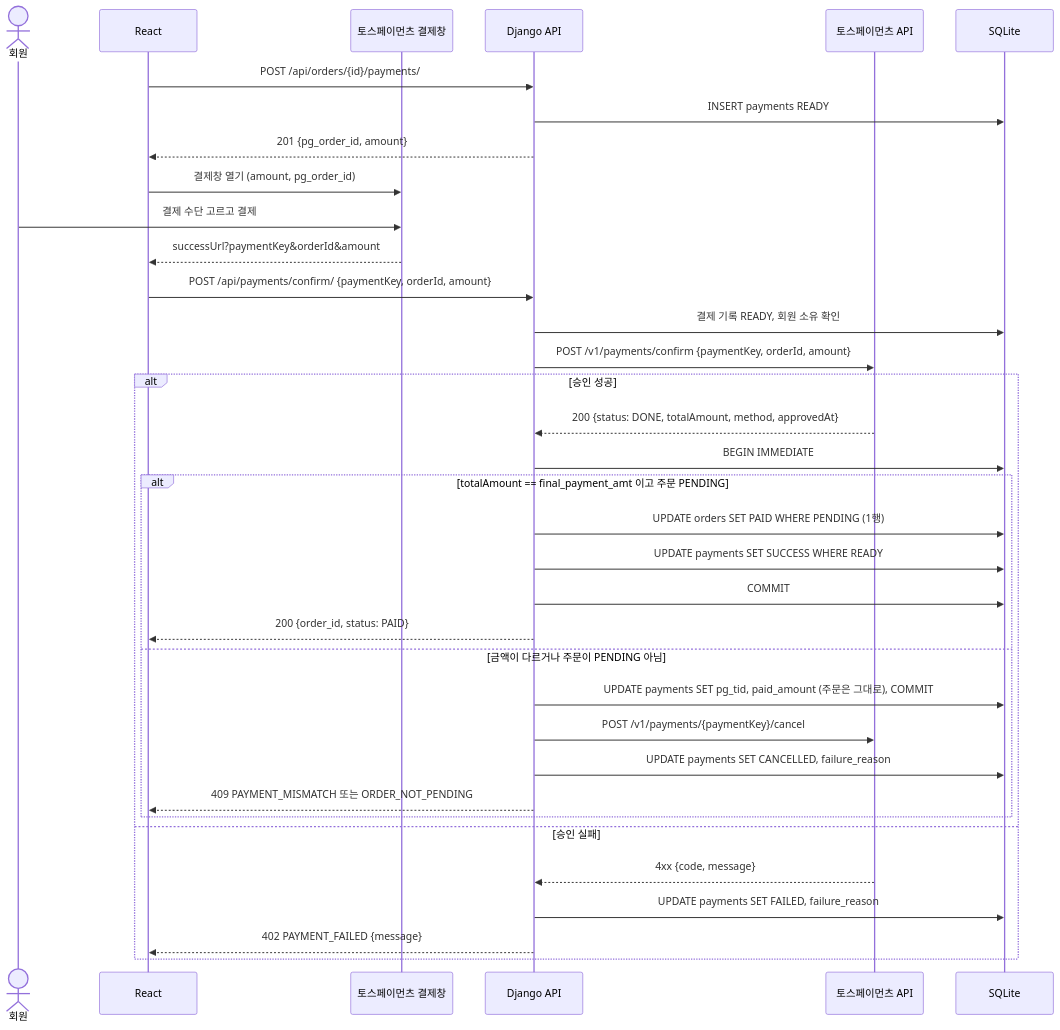
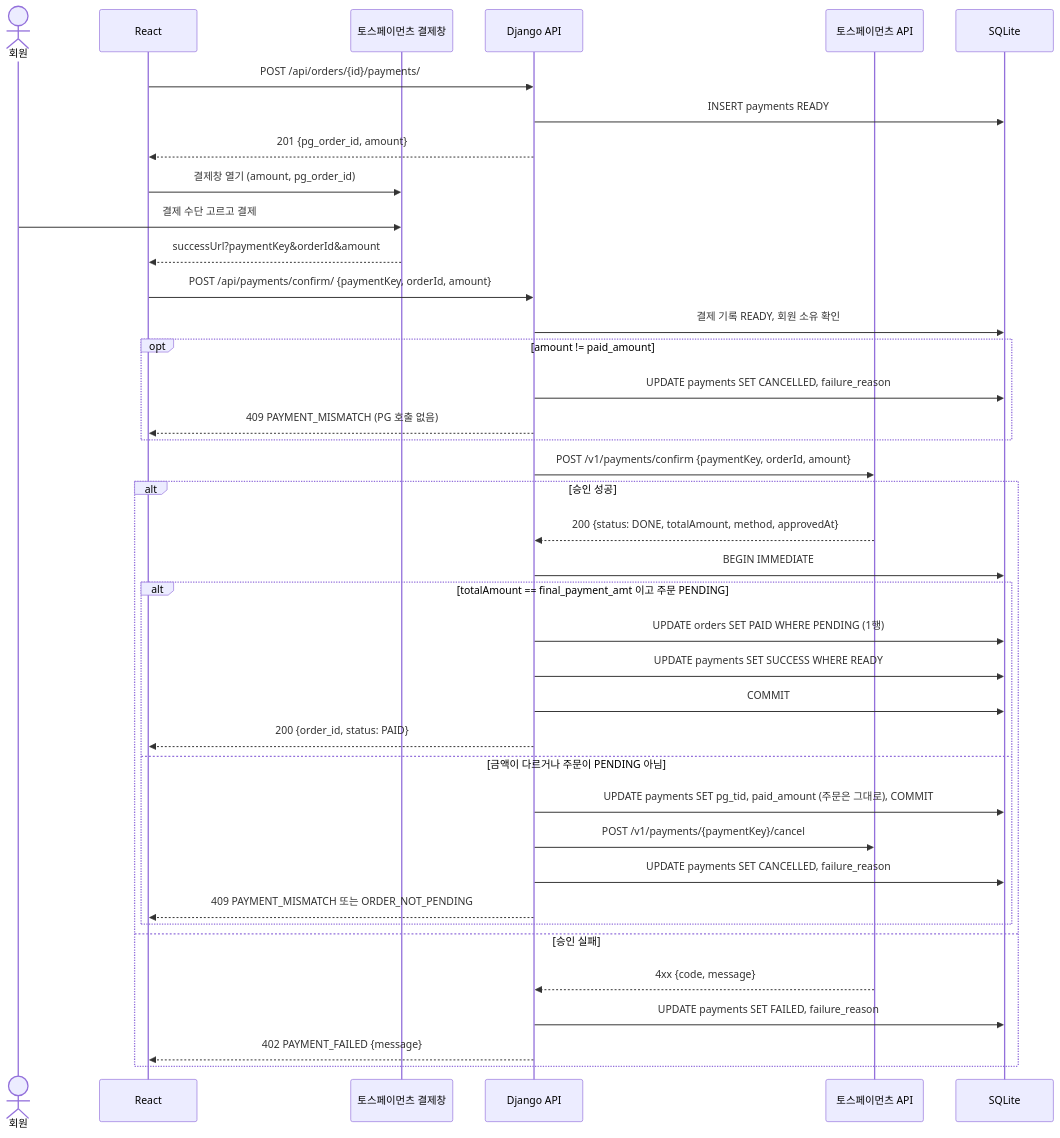
The second of 2 diagrams in docs/specs/sdd/4-components/6-payments.md (seren-wib/coffee-shop), drawn with Mermaid before and after one commit. The commit also changed other lines of this file and 11 other files, not shown here.

````diff
--- a/docs/specs/sdd/4-components/6-payments.md
+++ b/docs/specs/sdd/4-components/6-payments.md
@@ -52,37 +53,41 @@
 ```mermaid
 sequenceDiagram
   actor M as 회원
   participant UI as React
   participant TP as 토스페이먼츠 결제창
   participant API as Django API
   participant PGAPI as 토스페이먼츠 API
   participant DB as SQLite
   UI->>API: POST /api/orders/{id}/payments/
   API->>DB: INSERT payments READY
   API-->>UI: 201 {pg_order_id, amount}
   UI->>TP: 결제창 열기 (amount, pg_order_id)
   M->>TP: 결제 수단 고르고 결제
   TP-->>UI: successUrl?paymentKey&orderId&amount
   UI->>API: POST /api/payments/confirm/ {paymentKey, orderId, amount}
   API->>DB: 결제 기록 READY, 회원 소유 확인
+  opt amount != paid_amount
+    API->>DB: UPDATE payments SET CANCELLED, failure_reason
+    API-->>UI: 409 PAYMENT_MISMATCH (PG 호출 없음)
+  end
   API->>PGAPI: POST /v1/payments/confirm {paymentKey, orderId, amount}
   alt 승인 성공
     PGAPI-->>API: 200 {status: DONE, totalAmount, method, approvedAt}
     API->>DB: BEGIN IMMEDIATE
     alt totalAmount == final_payment_amt 이고 주문 PENDING
       API->>DB: UPDATE orders SET PAID WHERE PENDING (1행)
       API->>DB: UPDATE payments SET SUCCESS WHERE READY
       API->>DB: COMMIT
       API-->>UI: 200 {order_id, status: PAID}
     else 금액이 다르거나 주문이 PENDING 아님
       API->>DB: UPDATE payments SET pg_tid, paid_amount (주문은 그대로), COMMIT
       API->>PGAPI: POST /v1/payments/{paymentKey}/cancel
       API->>DB: UPDATE payments SET CANCELLED, failure_reason
       API-->>UI: 409 PAYMENT_MISMATCH 또는 ORDER_NOT_PENDING
     end
   else 승인 실패
     PGAPI-->>API: 4xx {code, message}
     API->>DB: UPDATE payments SET FAILED, failure_reason
     API-->>UI: 402 PAYMENT_FAILED {message}
   end
 ```
````
